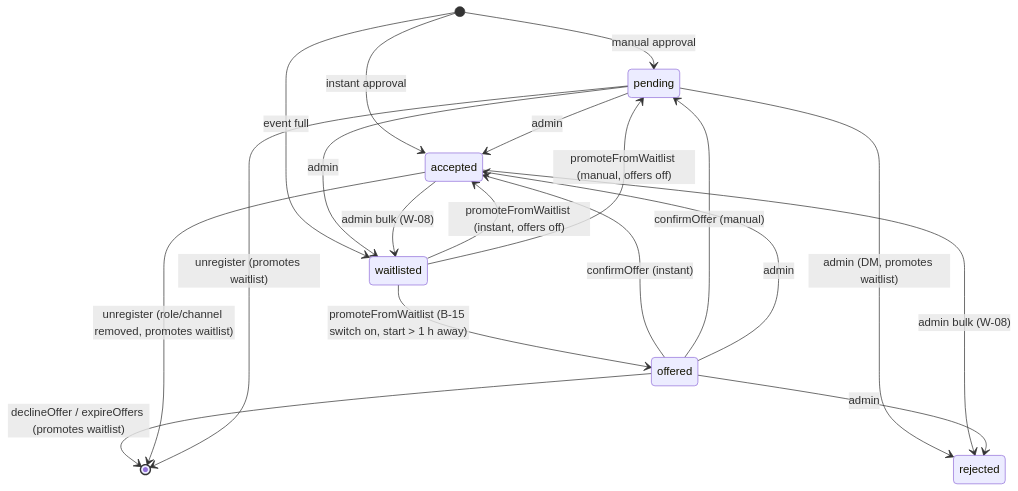
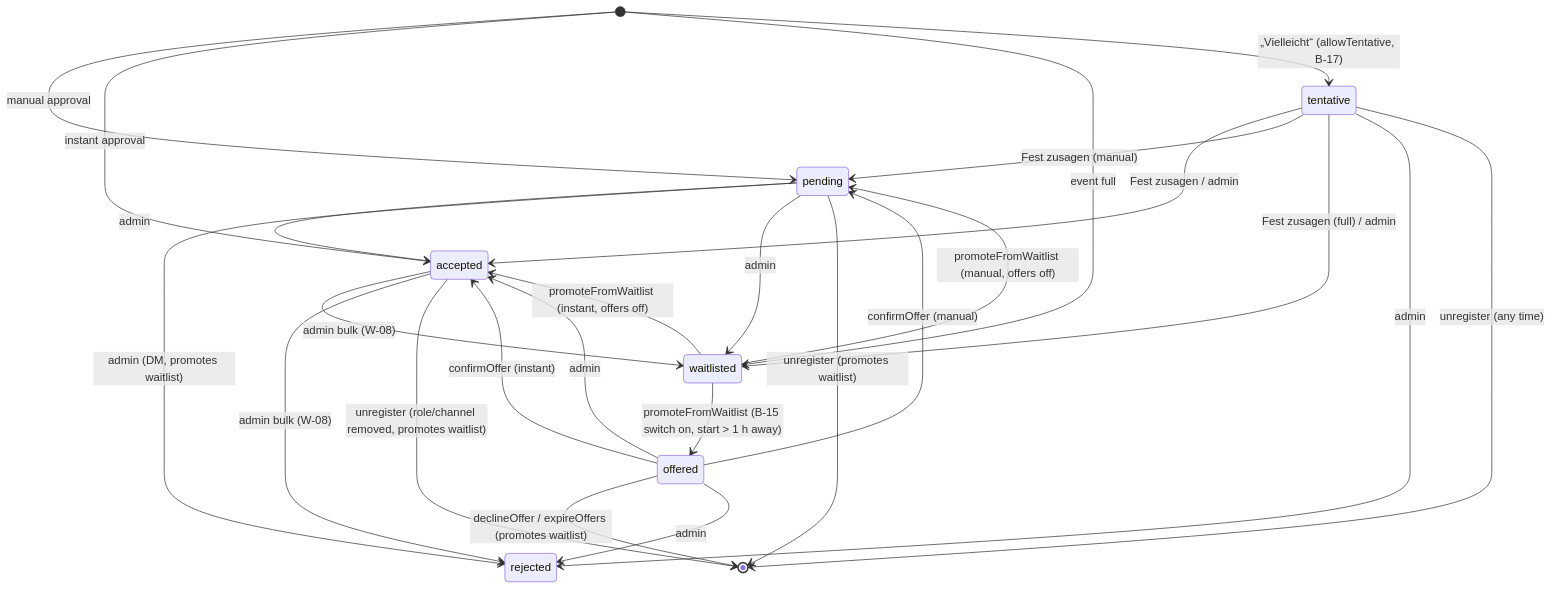
Before and after one commit to VibeGenZero/DEMS: the diagram in docs/wiki/concepts/registration-flow.md, drawn with Mermaid. The commit also changed other lines of this file and 83 other files, not shown here.

````diff
--- a/docs/wiki/concepts/registration-flow.md
+++ b/docs/wiki/concepts/registration-flow.md
@@ -48,21 +61,27 @@
 ```mermaid
 stateDiagram-v2
   [*] --> pending: manual approval
   [*] --> accepted: instant approval
   [*] --> waitlisted: event full
   pending --> accepted: admin
   pending --> rejected: admin (DM, promotes waitlist)
   pending --> waitlisted: admin
   accepted --> waitlisted: admin bulk (W-08)
   accepted --> rejected: admin bulk (W-08)
   waitlisted --> offered: promoteFromWaitlist (B-15 switch on, start > 1 h away)
   waitlisted --> accepted: promoteFromWaitlist (instant, offers off)
   waitlisted --> pending: promoteFromWaitlist (manual, offers off)
   offered --> accepted: confirmOffer (instant)
   offered --> pending: confirmOffer (manual)
   offered --> [*]: declineOffer / expireOffers (promotes waitlist)
   offered --> accepted: admin
   offered --> rejected: admin
   accepted --> [*]: unregister (role/channel removed, promotes waitlist)
   pending --> [*]: unregister (promotes waitlist)
+  [*] --> tentative: „Vielleicht“ (allowTentative, B-17)
+  tentative --> accepted: Fest zusagen / admin
+  tentative --> pending: Fest zusagen (manual)
+  tentative --> waitlisted: Fest zusagen (full) / admin
+  tentative --> rejected: admin
+  tentative --> [*]: unregister (any time)
 ```
````
